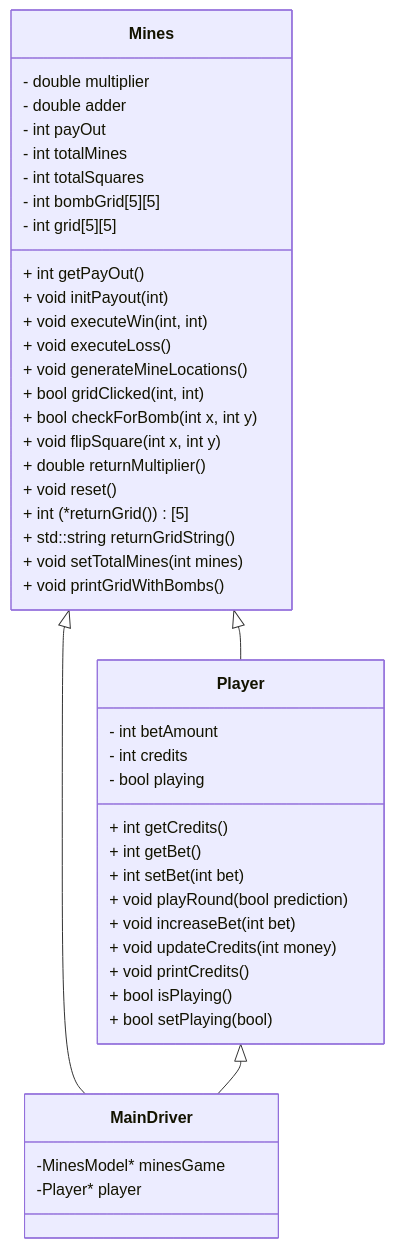
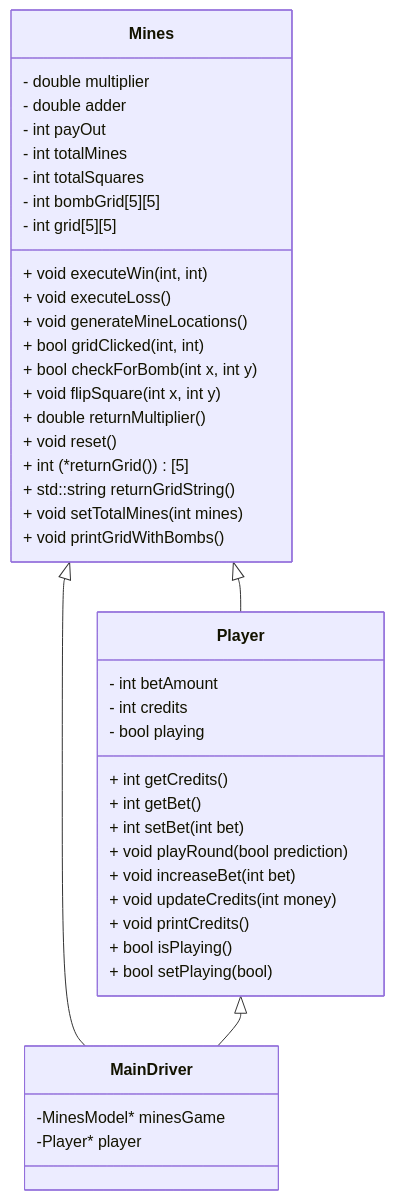
Before and after one commit to tnhi26990/casino_games: the first of 3 diagrams in DesignDocs.md, drawn with Mermaid. The commit also changed other lines of this file, not shown here.

````diff
--- a/DesignDocs.md
+++ b/DesignDocs.md
@@ -5,50 +5,48 @@
 ```mermaid
 classDiagram
     Mines <|-- MainDriver
     Player <|-- MainDriver
     Mines <|-- Player
 
     class MainDriver {
         -MinesModel* minesGame
         -Player* player
     }
 
     class Player {
         - int betAmount
         - int credits
         - bool playing
         + int getCredits()
         + int getBet()
         + int setBet(int bet)
         + void playRound(bool prediction)
         + void increaseBet(int bet)
         + void updateCredits(int money)
         + void printCredits()
         + bool isPlaying()
         + bool setPlaying(bool)
     }
 
     class Mines {
         - double multiplier
         - double adder
         - int payOut
         - int totalMines
         - int totalSquares
         - int bombGrid[5][5]
         - int grid[5][5]
-        + int getPayOut()
-        + void initPayout(int)
         + void executeWin(int, int)
         + void executeLoss()
         + void generateMineLocations()
         + bool gridClicked(int, int)
         + bool checkForBomb(int x, int y)
         + void flipSquare(int x, int y)
         + double returnMultiplier()
         + void reset()
         + int (*returnGrid())[5]
         + std::string returnGridString()
         + void setTotalMines(int mines)
         + void printGridWithBombs()
     }
 ```
````
